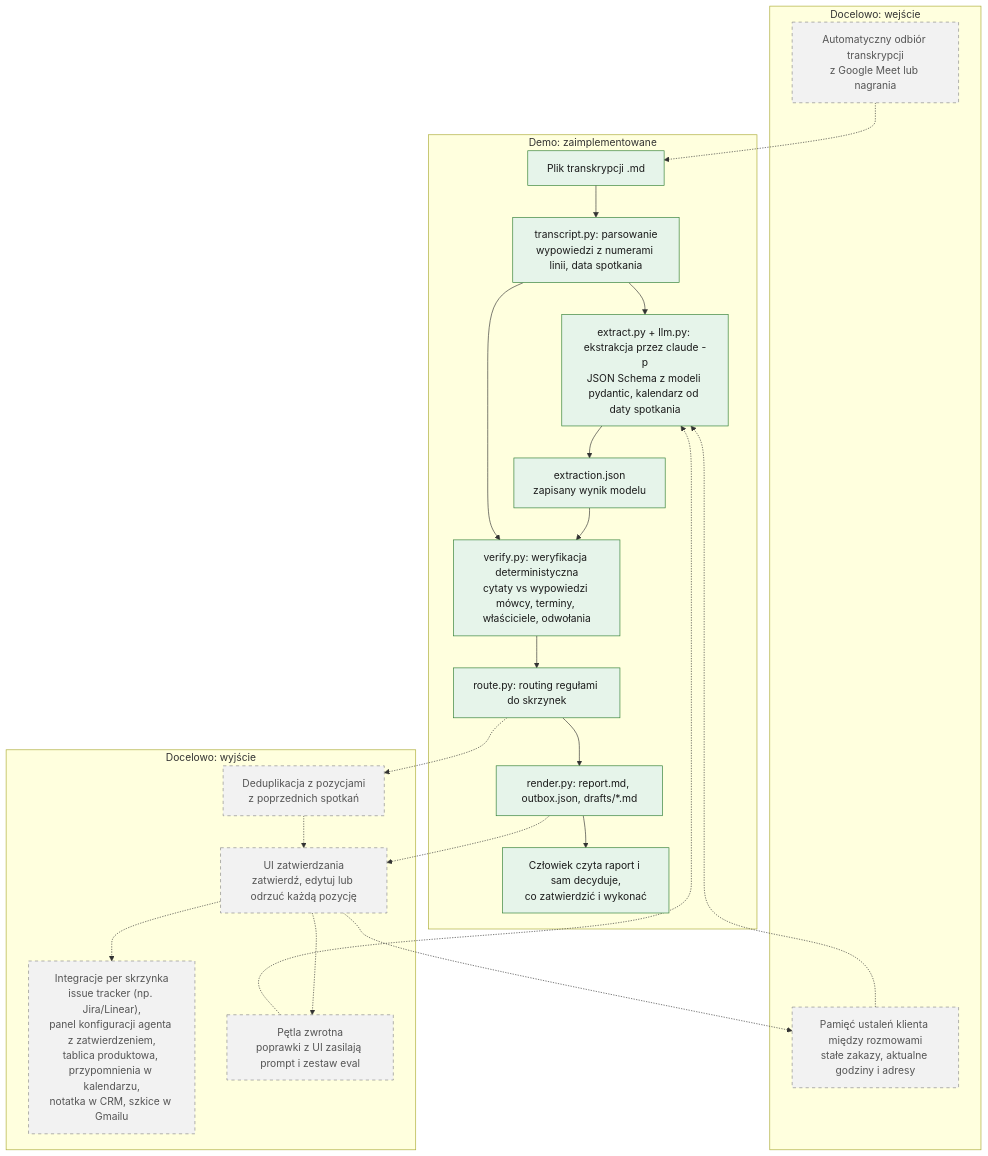
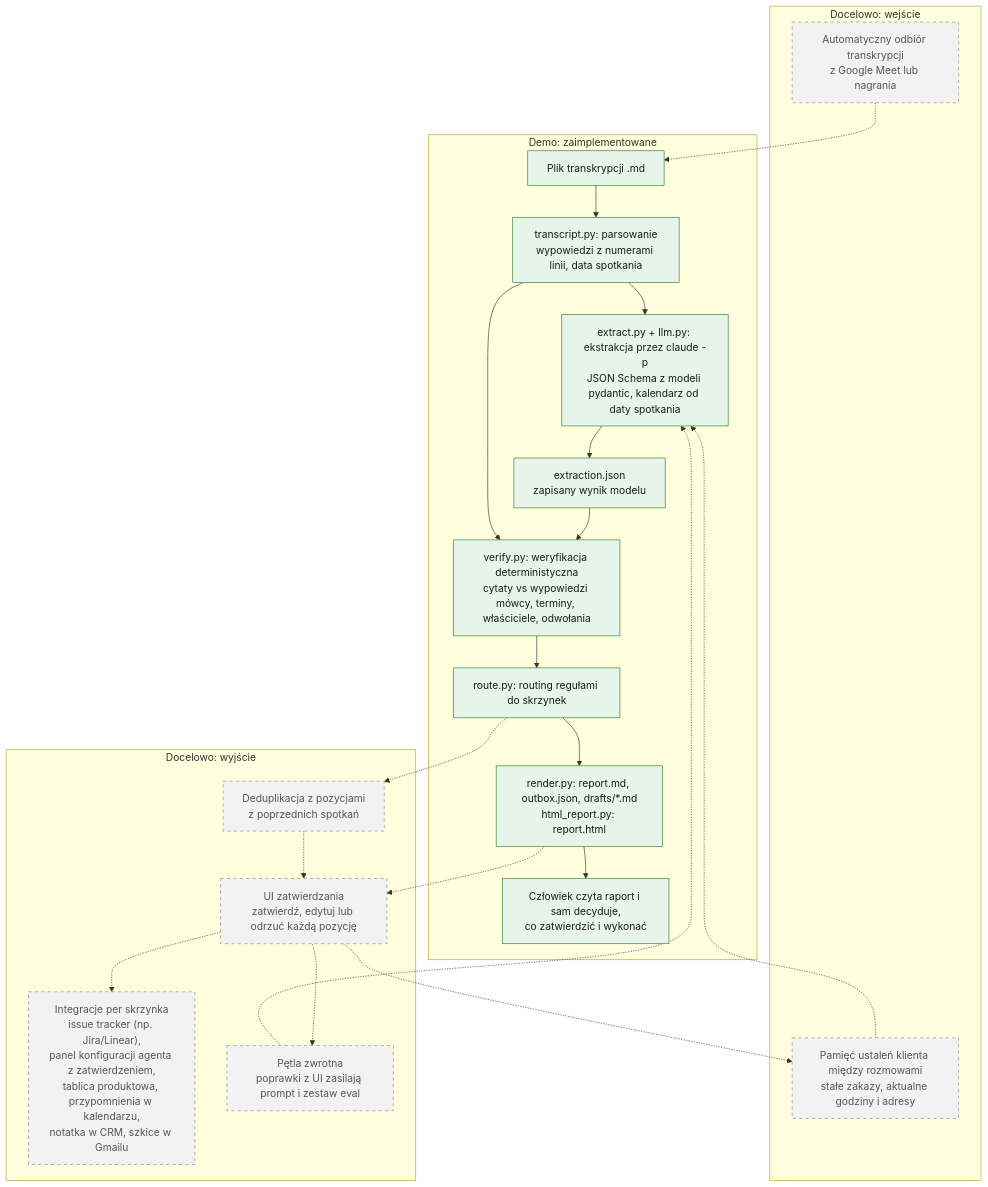
One commit to MaciejZiel/recruitment-task changed the first of 2 diagrams in docs/process.md. Above: the diagram before and after it, drawn with Mermaid. The commit also changed other lines of this file and 1 other file, not shown here.

````diff
--- a/docs/process.md
+++ b/docs/process.md
@@ -19,48 +19,48 @@
 ```mermaid
 flowchart TD
     subgraph FUTURE_IN["Docelowo: wejście"]
         MEET["Automatyczny odbiór transkrypcji<br/>z Google Meet lub nagrania"]
         MEM["Pamięć ustaleń klienta między rozmowami<br/>stałe zakazy, aktualne godziny i adresy"]
     end
 
     subgraph DEMO["Demo: zaimplementowane"]
         T["Plik transkrypcji .md"]
         P["transcript.py: parsowanie<br/>wypowiedzi z numerami linii, data spotkania"]
         E["extract.py + llm.py: ekstrakcja przez claude -p<br/>JSON Schema z modeli pydantic, kalendarz od daty spotkania"]
         J["extraction.json<br/>zapisany wynik modelu"]
         V["verify.py: weryfikacja deterministyczna<br/>cytaty vs wypowiedzi mówcy, terminy, właściciele, odwołania"]
         R["route.py: routing regułami do skrzynek"]
-        OUT["render.py: report.md, outbox.json, drafts/*.md"]
+        OUT["render.py: report.md, outbox.json, drafts/*.md<br/>html_report.py: report.html"]
         H["Człowiek czyta raport i sam decyduje,<br/>co zatwierdzić i wykonać"]
     end
 
     subgraph FUTURE_OUT["Docelowo: wyjście"]
         DEDUP["Deduplikacja z pozycjami<br/>z poprzednich spotkań"]
         UI["UI zatwierdzania<br/>zatwierdź, edytuj lub odrzuć każdą pozycję"]
         INT["Integracje per skrzynka<br/>issue tracker (np. Jira/Linear),<br/>panel konfiguracji agenta z zatwierdzeniem,<br/>tablica produktowa, przypomnienia w kalendarzu,<br/>notatka w CRM, szkice w Gmailu"]
         FB["Pętla zwrotna<br/>poprawki z UI zasilają prompt i zestaw eval"]
     end
 
     MEET -.-> T
     T --> P
     P --> E
     MEM -.-> E
     E --> J
     J --> V
     P --> V
     V --> R
     R --> OUT
     OUT --> H
     R -.-> DEDUP
     DEDUP -.-> UI
     OUT -.-> UI
     UI -.-> INT
     UI -.-> FB
     FB -.-> E
     UI -.-> MEM
 
     classDef impl fill:#e6f4ea,stroke:#2e7d32,color:#1b1b1b
     classDef future fill:#f2f2f2,stroke:#888888,stroke-dasharray:5 5,color:#555555
     class T,P,E,J,V,R,OUT,H impl
     class MEET,MEM,DEDUP,UI,INT,FB future
 ```
````
